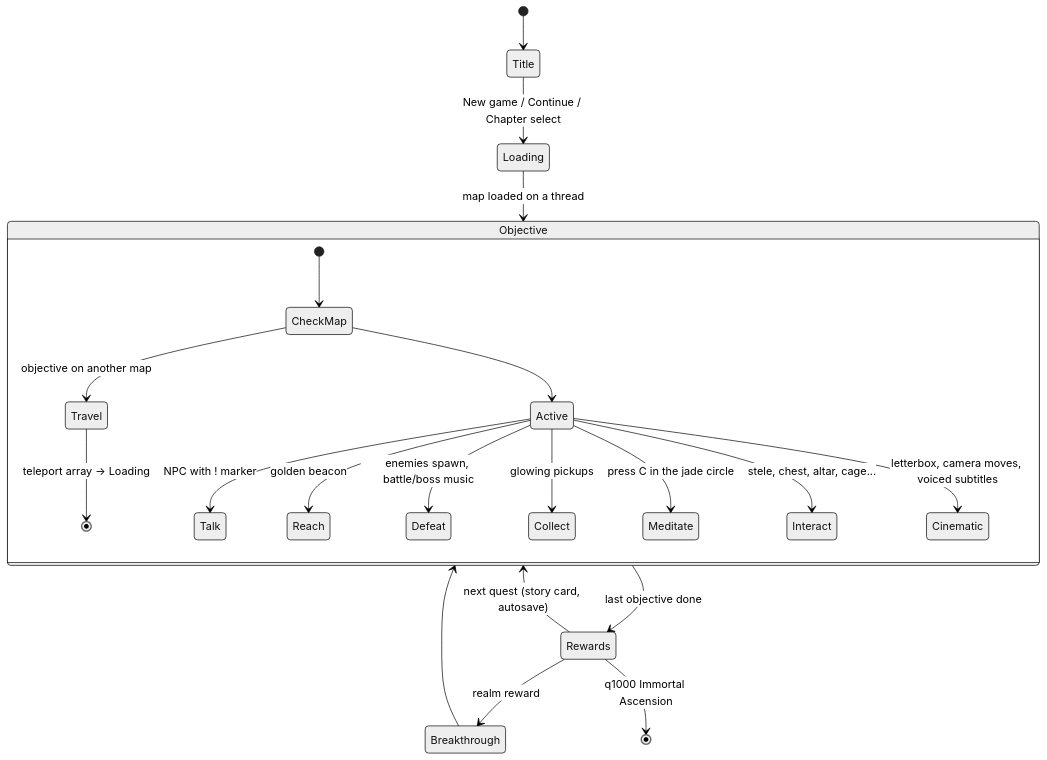
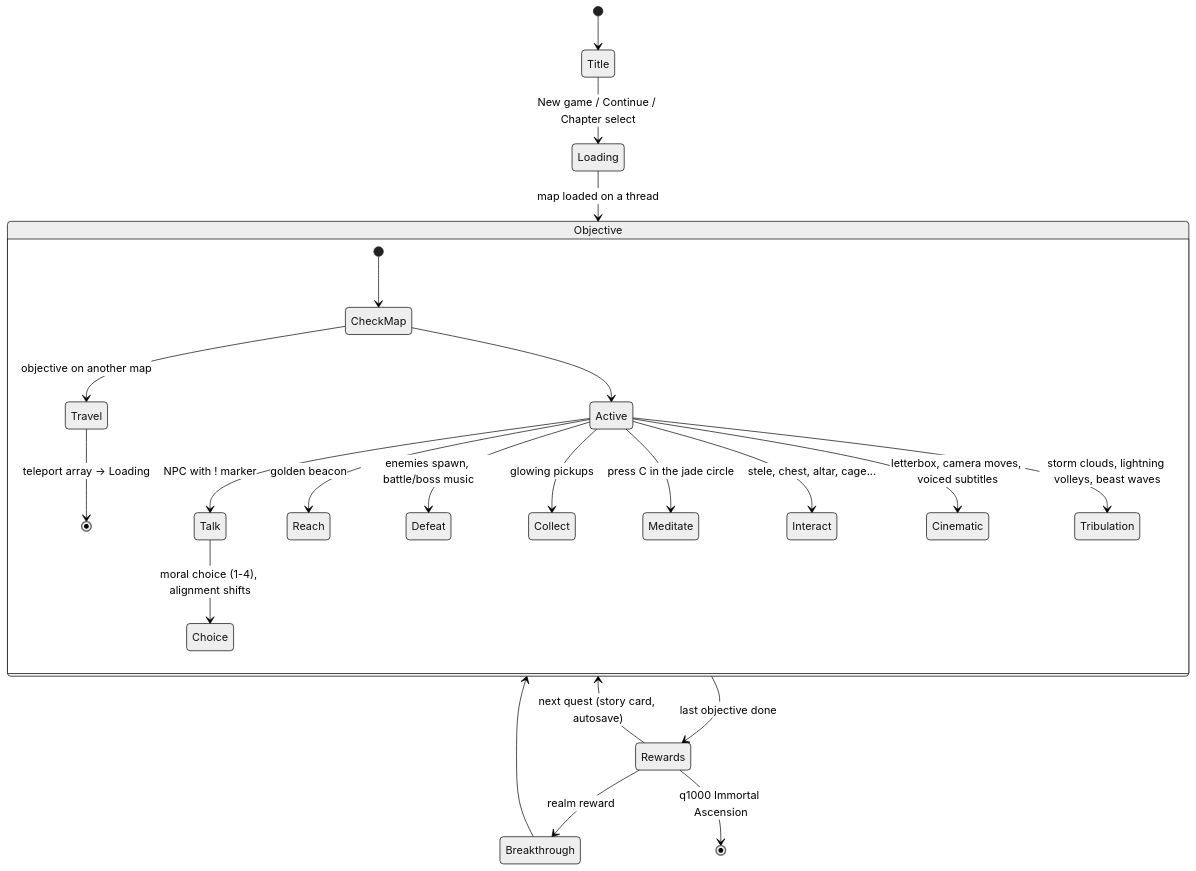
The third of 3 diagrams in README.md (jgyy/vnxianxia), drawn with Mermaid (neutral theme) before and after one commit. The commit also changed other lines of this file and 3 other files, not shown here.

````diff
--- a/README.md
+++ b/README.md
@@ -119,24 +122,26 @@
 ```mermaid
 stateDiagram-v2
     [*] --> Title
     Title --> Loading: New game / Continue / Chapter select
     Loading --> Objective: map loaded on a thread
     state Objective {
         [*] --> CheckMap
         CheckMap --> Travel: objective on another map
         Travel --> [*]: teleport array → Loading
         CheckMap --> Active
         Active --> Talk: NPC with ! marker
         Active --> Reach: golden beacon
         Active --> Defeat: enemies spawn, battle/boss music
         Active --> Collect: glowing pickups
         Active --> Meditate: press C in the jade circle
         Active --> Interact: stele, chest, altar, cage...
         Active --> Cinematic: letterbox, camera moves, voiced subtitles
+        Active --> Tribulation: storm clouds, lightning volleys, beast waves
+        Talk --> Choice: moral choice (1-4), alignment shifts
     }
     Objective --> Rewards: last objective done
     Rewards --> Objective: next quest (story card, autosave)
     Rewards --> Breakthrough: realm reward
     Breakthrough --> Objective
     Rewards --> [*]: q1000 Immortal Ascension
 ```
````
